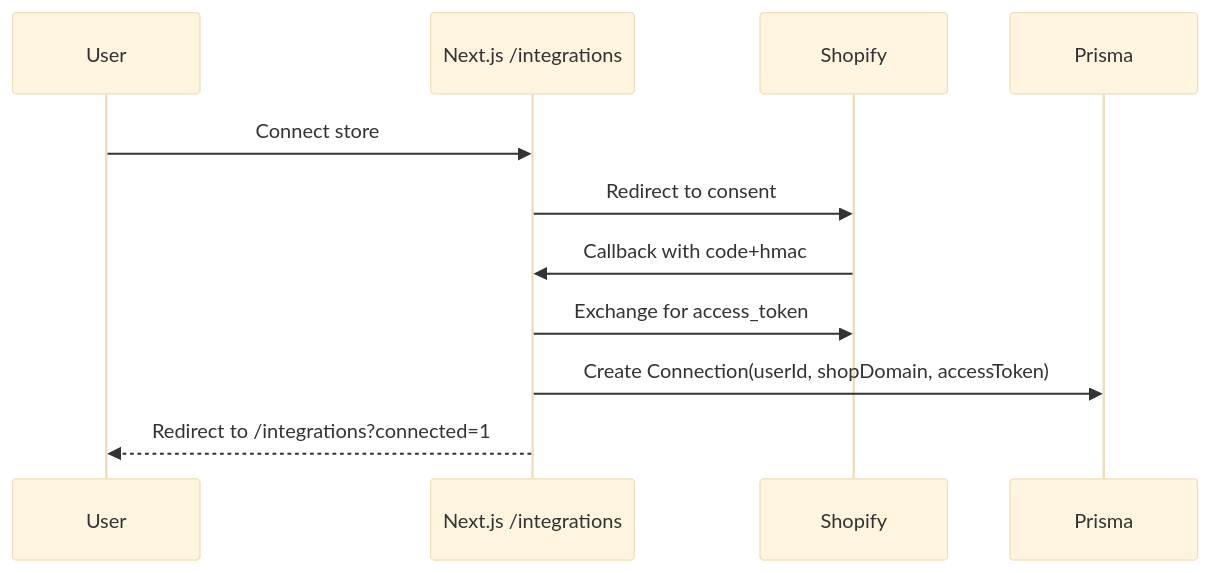
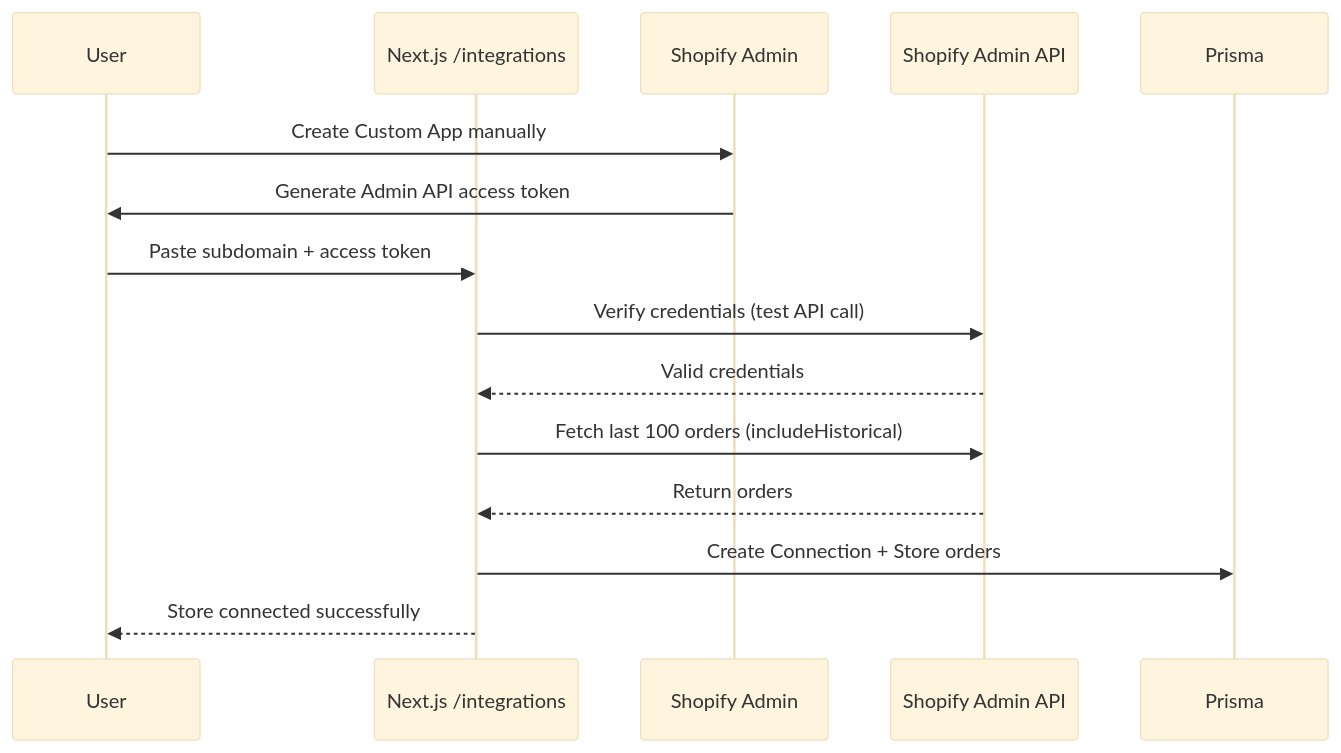
The first of 3 diagrams in docs/integrations/INTEGRATIONS.md (akshayBhardwaj23/takeover-done), drawn with Mermaid (base theme) before and after one commit. The commit also changed other lines of this file and 4 other files, not shown here.

````diff
--- a/docs/integrations/INTEGRATIONS.md
+++ b/docs/integrations/INTEGRATIONS.md
@@ -27,13 +44,17 @@
 ```mermaid
 sequenceDiagram
   participant U as User
   participant Web as Next.js /integrations
-  participant S as Shopify
+  participant Shopify as Shopify Admin
+  participant API as Shopify Admin API
   participant DB as Prisma
-  U->>Web: Connect store
-  Web->>S: Redirect to consent
-  S->>Web: Callback with code+hmac
-  Web->>S: Exchange for access_token
-  Web->>DB: Create Connection(userId, shopDomain, accessToken)
-  Web-->>U: Redirect to /integrations?connected=1
+  U->>Shopify: Create Custom App manually
+  Shopify->>U: Generate Admin API access token
+  U->>Web: Paste subdomain + access token
+  Web->>API: Verify credentials (test API call)
+  API-->>Web: Valid credentials
+  Web->>API: Fetch last 100 orders (includeHistorical)
+  API-->>Web: Return orders
+  Web->>DB: Create Connection + Store orders
+  Web-->>U: Store connected successfully
 ```
````
